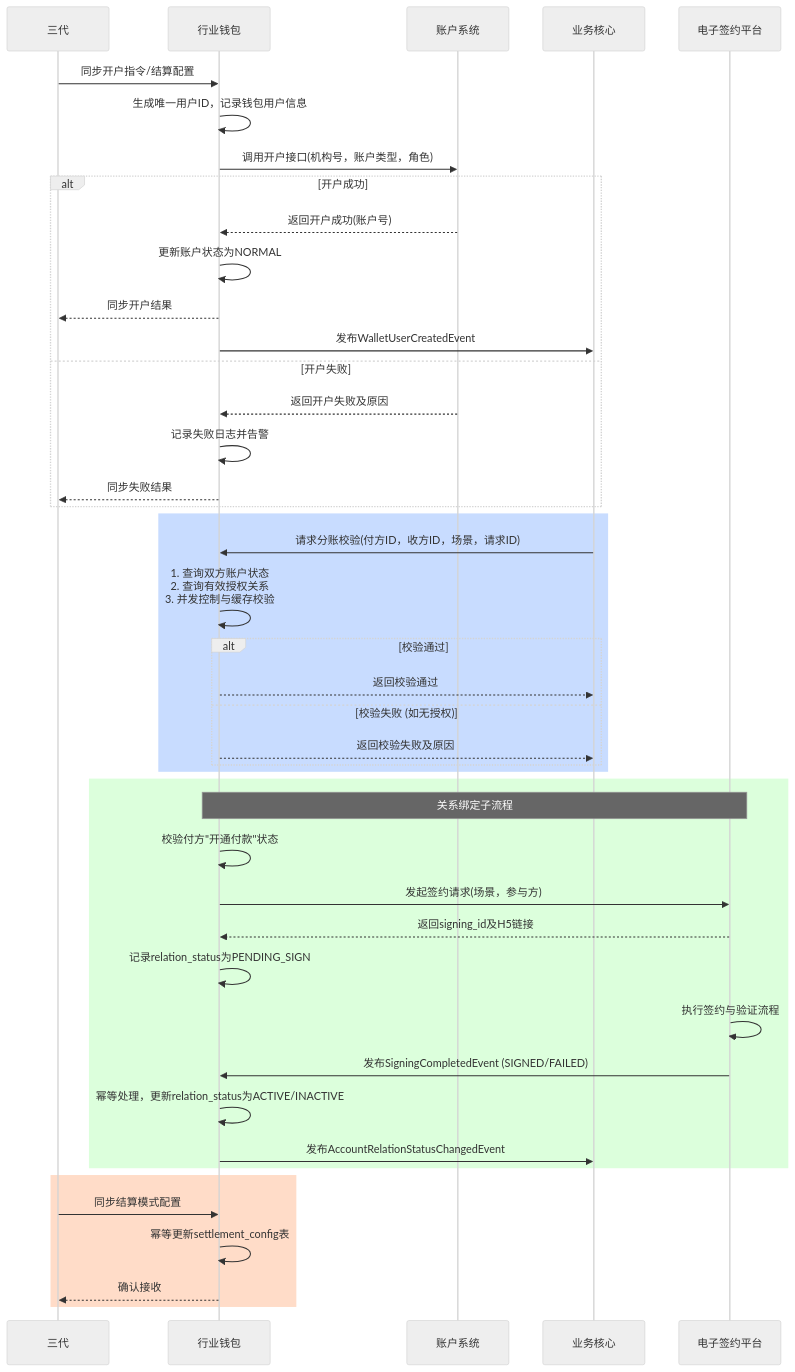
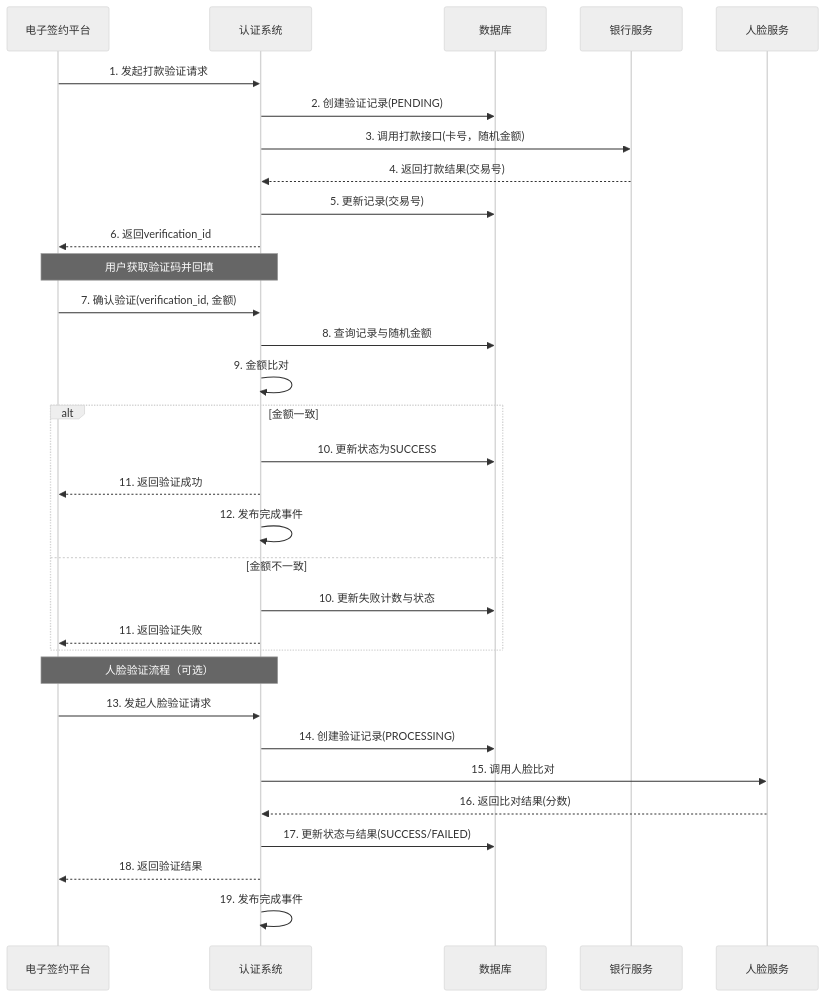
Diagram 14 of 24 in data/天财分账需求/gpt-5.2/output/final_design_document.md (youzi211/AiCoding), drawn with Mermaid (neutral theme) before and after one commit. The commit also changed other lines of this file and 41 other files, not shown here.

````diff
--- a/data/天财分账需求/gpt-5.2/output/final_design_document.md
+++ b/data/天财分账需求/gpt-5.2/output/final_design_document.md
@@ -1117,50 +1215,39 @@
 ```mermaid
 sequenceDiagram
-    participant 三代 as 三代
-    participant 行业钱包 as 行业钱包
-    participant 账户系统 as 账户系统
-    participant 业务核心 as 业务核心
-    participant 电子签约 as 电子签约平台
+    participant 调用方 as 电子签约平台
+    participant 认证系统
+    participant DB as 数据库
+    participant 银行服务
+    participant 人脸服务
 
-    三代->>行业钱包: 同步开户指令/结算配置
-    行业钱包->>行业钱包: 生成唯一用户ID，记录钱包用户信息
-    行业钱包->>账户系统: 调用开户接口(机构号，账户类型，角色)
-    alt 开户成功
-        账户系统-->>行业钱包: 返回开户成功(账户号)
-        行业钱包->>行业钱包: 更新账户状态为NORMAL
-        行业钱包-->>三代: 同步开户结果
-        行业钱包->>业务核心: 发布WalletUserCreatedEvent
-    else 开户失败
-        账户系统-->>行业钱包: 返回开户失败及原因
-        行业钱包->>行业钱包: 记录失败日志并告警
-        行业钱包-->>三代: 同步失败结果
+    调用方->>认证系统: 1. 发起打款验证请求
+    认证系统->>DB: 2. 创建验证记录(PENDING)
+    认证系统->>银行服务: 3. 调用打款接口(卡号，随机金额)
+    银行服务-->>认证系统: 4. 返回打款结果(交易号)
+    认证系统->>DB: 5. 更新记录(交易号)
+    认证系统-->>调用方: 6. 返回verification_id
+
+    Note over 调用方,认证系统: 用户获取验证码并回填
+
+    调用方->>认证系统: 7. 确认验证(verification_id, 金额)
+    认证系统->>DB: 8. 查询记录与随机金额
+    认证系统->>认证系统: 9. 金额比对
+    alt 金额一致
+        认证系统->>DB: 10. 更新状态为SUCCESS
+        认证系统-->>调用方: 11. 返回验证成功
+        认证系统->>认证系统: 12. 发布完成事件
+    else 金额不一致
+        认证系统->>DB: 10. 更新失败计数与状态
+        认证系统-->>调用方: 11. 返回验证失败
     end
 
-    rect rgb(200, 220, 255)
-        业务核心->>行业钱包: 请求分账校验(付方ID，收方ID，场景，请求ID)
-        行业钱包->>行业钱包: 1. 查询双方账户状态<br>2. 查询有效授权关系<br>3. 并发控制与缓存校验
-        alt 校验通过
-            行业钱包-->>业务核心: 返回校验通过
-        else 校验失败 (如无授权)
-            行业钱包-->>业务核心: 返回校验失败及原因
-        end
-    end
+    Note over 调用方,认证系统: 人脸验证流程（可选）
 
-    rect rgb(220, 255, 220)
-        Note over 行业钱包,电子签约: 关系绑定子流程
-        行业钱包->>行业钱包: 校验付方"开通付款"状态
-        行业钱包->>电子签约: 发起签约请求(场景，参与方)
-        电子签约-->>行业钱包: 返回signing_id及H5链接
-        行业钱包->>行业钱包: 记录relation_status为PENDING_SIGN
-        电子签约->>电子签约: 执行签约与验证流程
-        电子签约->>行业钱包: 发布SigningCompletedEvent (SIGNED/FAILED)
-        行业钱包->>行业钱包: 幂等处理，更新relation_status为ACTIVE/INACTIVE
-        行业钱包->>业务核心: 发布AccountRelationStatusChangedEvent
-    end
-
-    rect rgb(255, 220, 200)
-        三代->>行业钱包: 同步结算模式配置
-        行业钱包->>行业钱包: 幂等更新settlement_config表
-        行业钱包-->>三代: 确认接收
-    end
+    调用方->>认证系统: 13. 发起人脸验证请求
+    认证系统->>DB: 14. 创建验证记录(PROCESSING)
+    认证系统->>人脸服务: 15. 调用人脸比对
+    人脸服务-->>认证系统: 16. 返回比对结果(分数)
+    认证系统->>DB: 17. 更新状态与结果(SUCCESS/FAILED)
+    认证系统-->>调用方: 18. 返回验证结果
+    认证系统->>认证系统: 19. 发布完成事件
 ```
````
